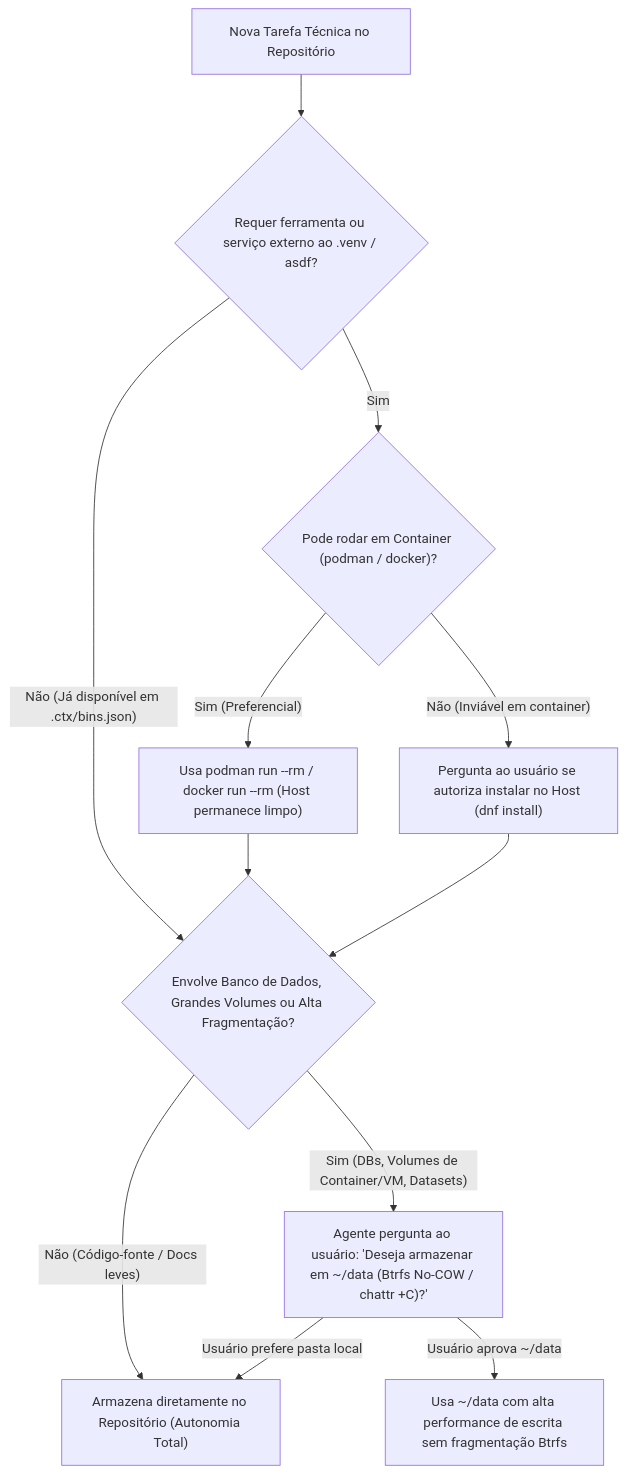
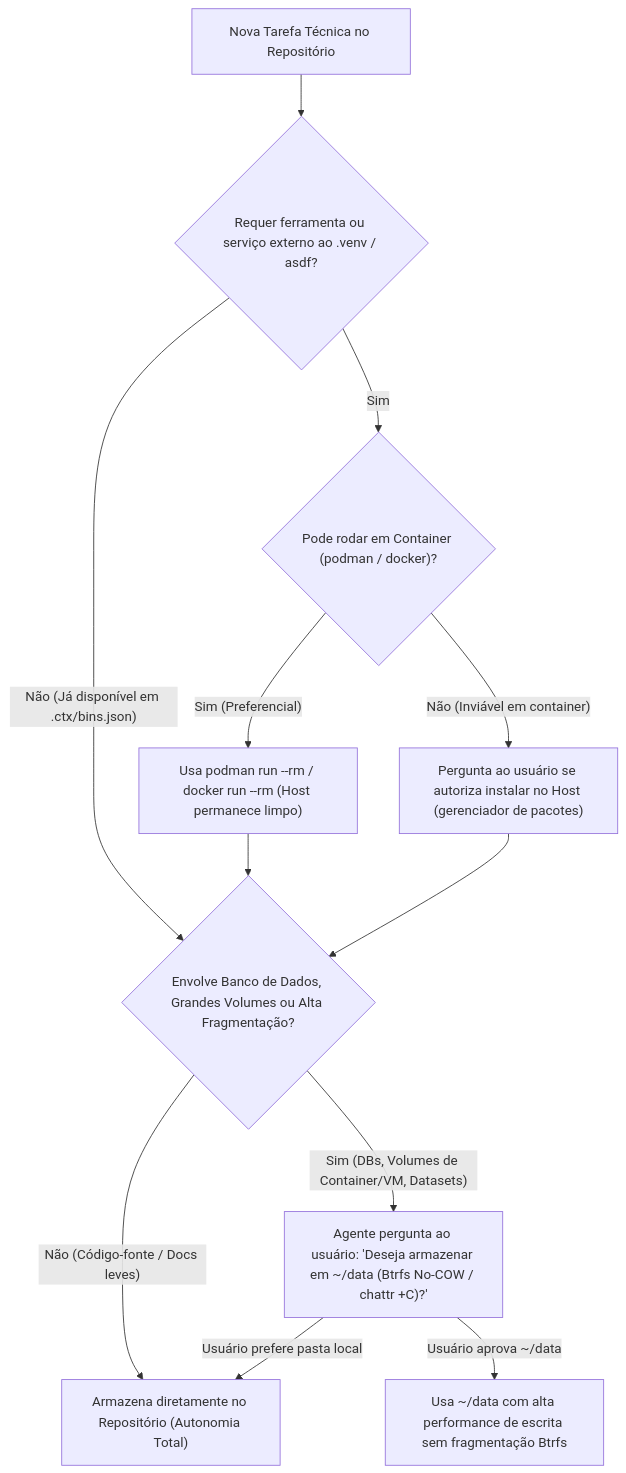
The third of 3 diagrams in guides/guia-replicacao-rag-e-seguranca.md (douglaspands/agent-harness-hub), drawn with Mermaid before and after one commit. The commit also changed other lines of this file and 46 other files, not shown here.

````diff
--- a/guides/guia-replicacao-rag-e-seguranca.md
+++ b/guides/guia-replicacao-rag-e-seguranca.md
@@ -180,18 +164,18 @@
 ```mermaid
 flowchart TD
     Task["Nova Tarefa Técnica no Repositório"] --> NeedTool{"Requer ferramenta ou serviço externo ao .venv / asdf?"}
 
     NeedTool -->|"Sim"| CanContainer{"Pode rodar em Container (podman / docker)?"}
     CanContainer -->|"Sim (Preferencial)"| RunContainer["Usa podman run --rm / docker run --rm (Host permanece limpo)"]
-    CanContainer -->|"Não (Inviável em container)"| AskHostInstall["Pergunta ao usuário se autoriza instalar no Host (dnf install)"]
+    CanContainer -->|"Não (Inviável em container)"| AskHostInstall["Pergunta ao usuário se autoriza instalar no Host (gerenciador de pacotes)"]
 
     NeedTool -->|"Não (Já disponível em .ctx/bins.json)"| CheckWorkload
     RunContainer --> CheckWorkload
     AskHostInstall --> CheckWorkload
 
     CheckWorkload{"Envolve Banco de Dados, Grandes Volumes ou Alta Fragmentação?"}
     CheckWorkload -->|"Não (Código-fonte / Docs leves)"| StoreWorkspace["Armazena diretamente no Repositório (Autonomia Total)"]
     CheckWorkload -->|"Sim (DBs, Volumes de Container/VM, Datasets)"| AskUserData["Agente pergunta ao usuário: 'Deseja armazenar em ~/data (Btrfs No-COW / chattr +C)?'"]
     AskUserData -->|"Usuário aprova ~/data"| UseBtrfsData["Usa ~/data com alta performance de escrita sem fragmentação Btrfs"]
     AskUserData -->|"Usuário prefere pasta local"| StoreWorkspace
 ```
````
